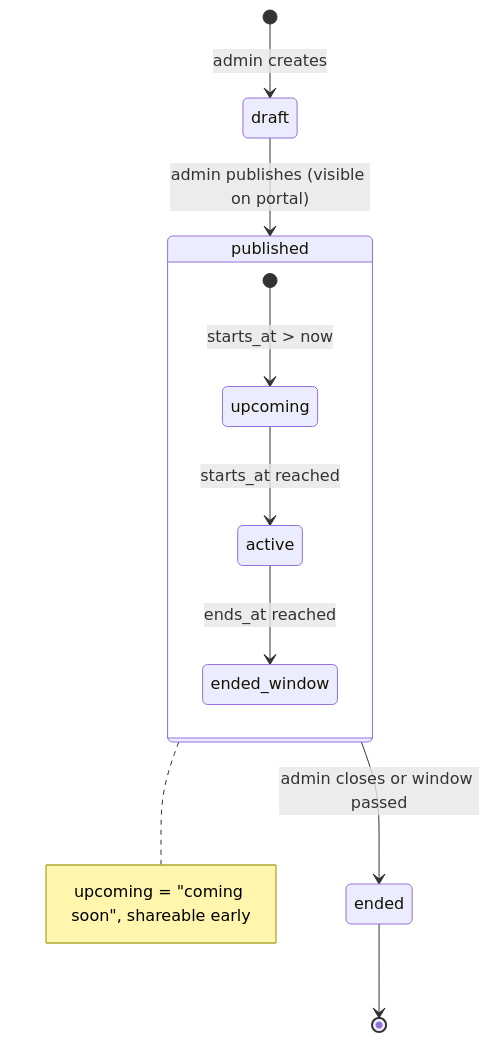
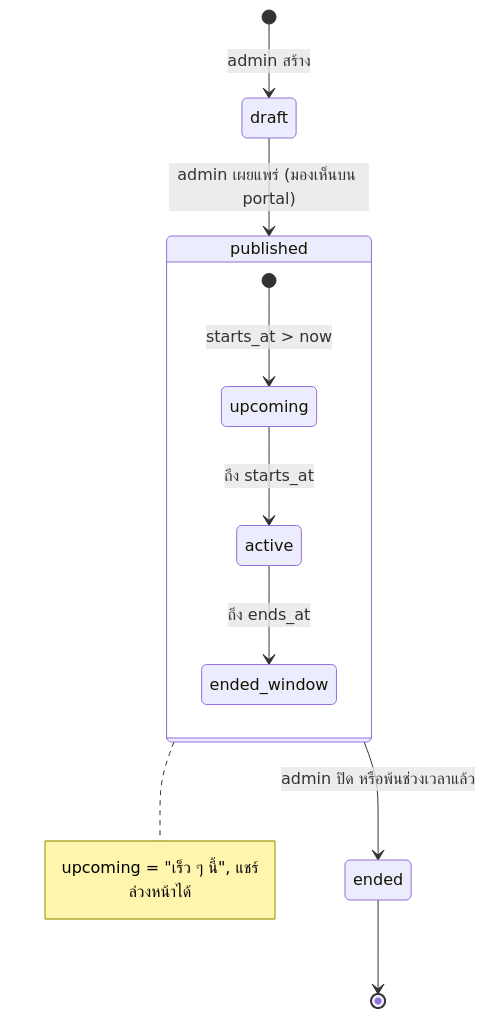
The sixth of 7 diagrams in docs/design/state-machines.md (techpowerdev/medusa-ecom), drawn with Mermaid before and after one commit. The commit also changed other lines of this file and 25 other files, not shown here.

````diff
--- a/docs/design/state-machines.md
+++ b/docs/design/state-machines.md
@@ -72,13 +72,13 @@
 ```mermaid
 stateDiagram-v2
-  [*] --> draft : admin creates
-  draft --> published : admin publishes (visible on portal)
+  [*] --> draft : admin สร้าง
+  draft --> published : admin เผยแพร่ (มองเห็นบน portal)
   state published {
     [*] --> upcoming : starts_at > now
-    upcoming --> active : starts_at reached
-    active --> ended_window : ends_at reached
+    upcoming --> active : ถึง starts_at
+    active --> ended_window : ถึง ends_at
   }
-  published --> ended : admin closes or window passed
+  published --> ended : admin ปิด หรือพ้นช่วงเวลาแล้ว
   ended --> [*]
-  note right of published : upcoming = "coming soon", shareable early
+  note right of published : upcoming = "เร็ว ๆ นี้", แชร์ล่วงหน้าได้
 ```
````
